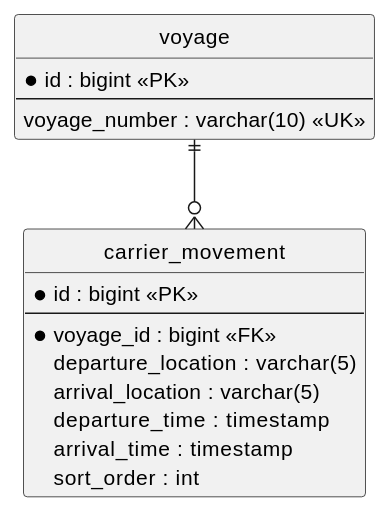
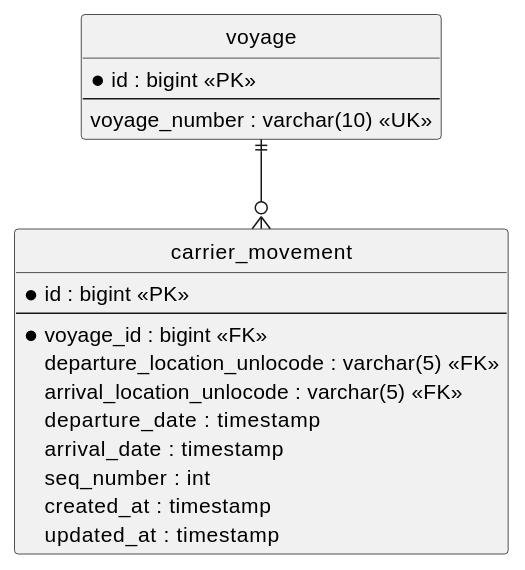
One commit to k2works/case-study-cargo-tracker changed the sixth of 10 diagrams in docs/development/iteration_plan-1.md. Above: the diagram before and after it, drawn with PlantUML. The commit also changed other lines of this file, not shown here.

Commit message:
docs(planning): IT1 計画の整合性検証結果を反映

````diff
--- a/docs/development/iteration_plan-1.md
+++ b/docs/development/iteration_plan-1.md
@@ -362,24 +362,26 @@
 ```plantuml
 @startuml
 hide circle
 skinparam linetype ortho
 entity "voyage" as v {
     *id : bigint <<PK>>
     --
     voyage_number : varchar(10) <<UK>>
 }
 
 entity "carrier_movement" as cm {
     *id : bigint <<PK>>
     --
     *voyage_id : bigint <<FK>>
-    departure_location : varchar(5)
-    arrival_location : varchar(5)
-    departure_time : timestamp
-    arrival_time : timestamp
-    sort_order : int
+    departure_location_unlocode : varchar(5) <<FK>>
+    arrival_location_unlocode : varchar(5) <<FK>>
+    departure_date : timestamp
+    arrival_date : timestamp
+    seq_number : int
+    created_at : timestamp
+    updated_at : timestamp
 }
 
 v ||--o{ cm
 @enduml
 ```
````
